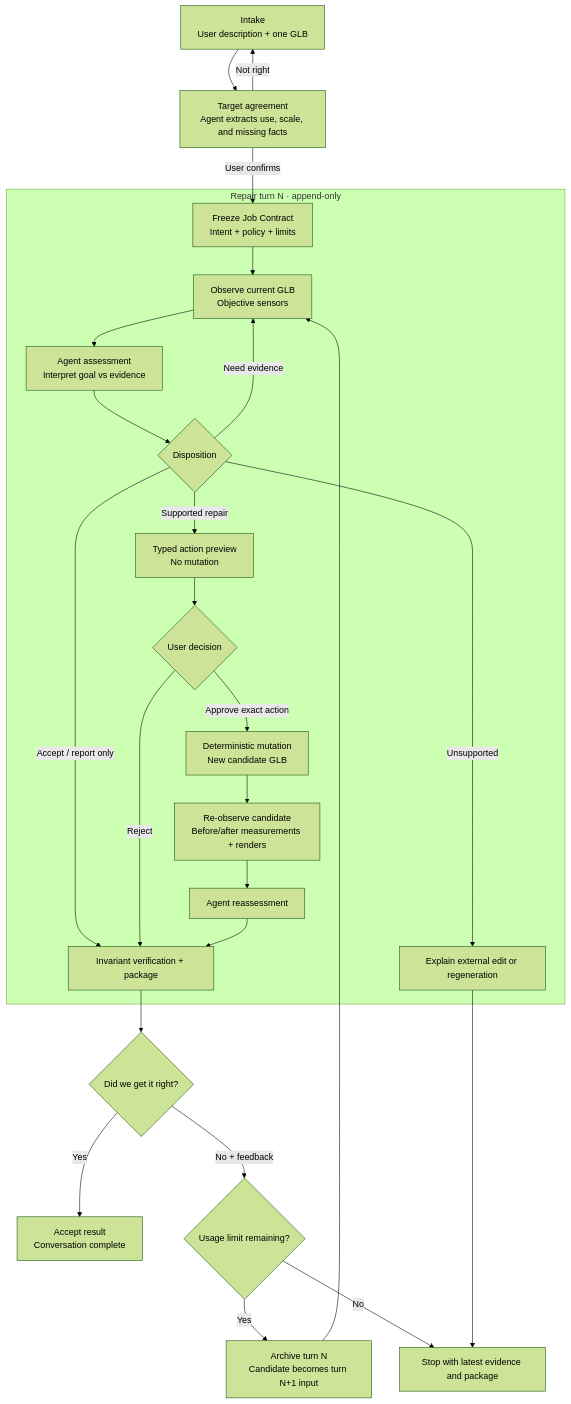
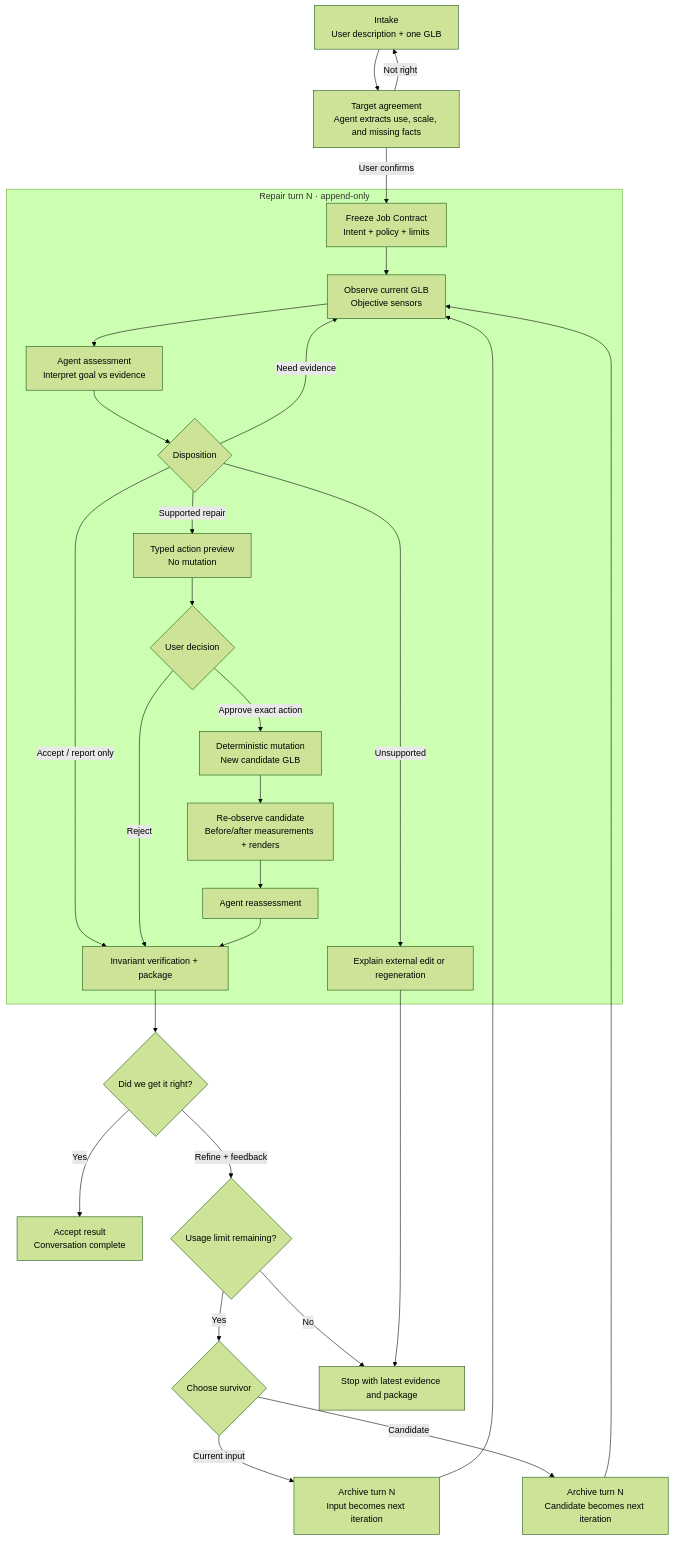
One commit to jcgennaro/asset-shepherd changed the diagram in docs/AGENT_LOOP_FLOW.md. Above: the diagram before and after it, drawn with Mermaid (forest theme). The commit also changed other lines of this file and 29 other files, not shown here.

````diff
--- a/docs/AGENT_LOOP_FLOW.md
+++ b/docs/AGENT_LOOP_FLOW.md
@@ -8,30 +8,33 @@
 ```mermaid
 flowchart TD
     A["Intake<br/>User description + one GLB"] --> B["Target agreement<br/>Agent extracts use, scale, and missing facts"]
     B -->|User confirms| C["Freeze Job Contract<br/>Intent + policy + limits"]
     B -->|Not right| A
 
     subgraph TURN["Repair turn N · append-only"]
       C --> D["Observe current GLB<br/>Objective sensors"]
       D --> E["Agent assessment<br/>Interpret goal vs evidence"]
       E --> F{"Disposition"}
       F -->|Accept / report only| K["Invariant verification + package"]
       F -->|Unsupported| X["Explain external edit or regeneration"]
       F -->|Need evidence| D
       F -->|Supported repair| G["Typed action preview<br/>No mutation"]
       G --> H{"User decision"}
       H -->|Reject| K
       H -->|Approve exact action| I["Deterministic mutation<br/>New candidate GLB"]
       I --> J["Re-observe candidate<br/>Before/after measurements + renders"]
       J --> E2["Agent reassessment"]
       E2 --> K
     end
 
     K --> L{"Did we get it right?"}
     L -->|Yes| M["Accept result<br/>Conversation complete"]
-    L -->|No + feedback| N{"Usage limit remaining?"}
-    N -->|Yes| O["Archive turn N<br/>Candidate becomes turn N+1 input"]
+    L -->|Refine + feedback| N{"Usage limit remaining?"}
+    N -->|Yes| S{"Choose survivor"}
+    S -->|Current input| O["Archive turn N<br/>Input becomes next iteration"]
+    S -->|Candidate| O2["Archive turn N<br/>Candidate becomes next iteration"]
     O --> D
+    O2 --> D
     N -->|No| P["Stop with latest evidence and package"]
     X --> P
 ```
````
